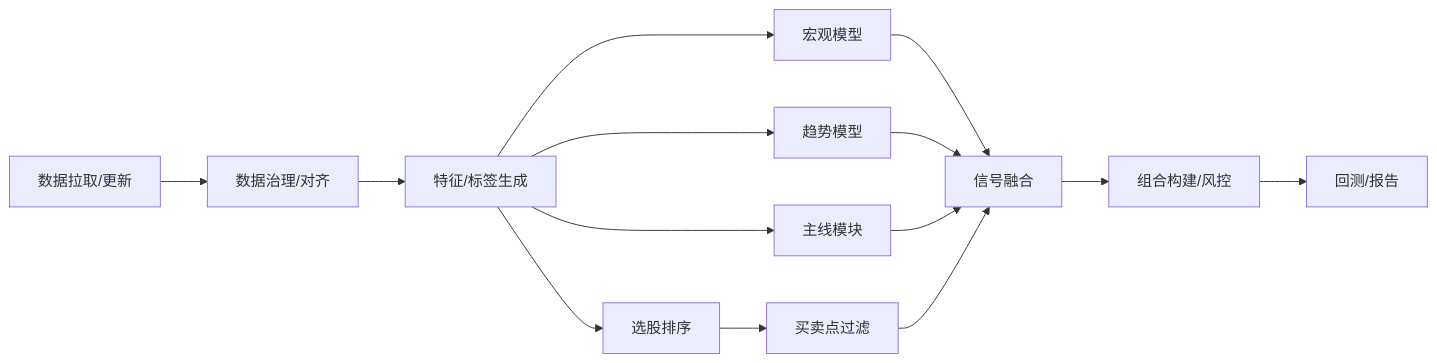
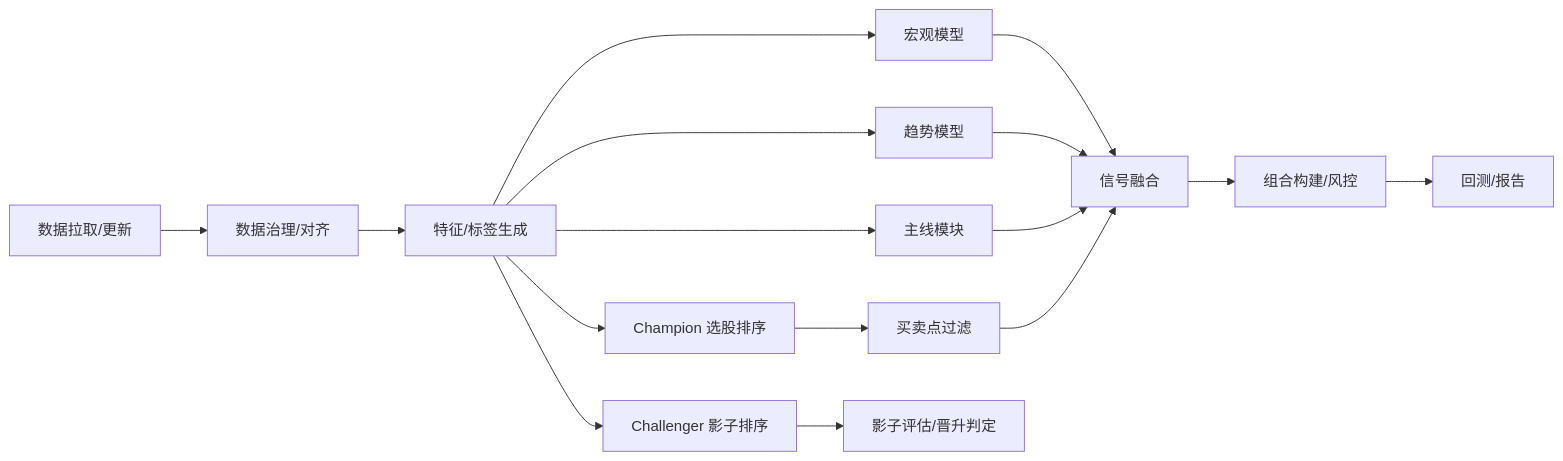
Before and after one commit to xiaoguangdong/Sage: the diagram in docs/2.22 Sage股票智能交易平台接口与调用流程设计文档.md, drawn with Mermaid. The commit also changed other lines of this file and 3 other files, not shown here.

````diff
--- a/docs/2.22 Sage股票智能交易平台接口与调用流程设计文档.md
+++ b/docs/2.22 Sage股票智能交易平台接口与调用流程设计文档.md
@@ -19,16 +53,18 @@
 ```mermaid
 flowchart LR
   A["数据拉取/更新"] --> B["数据治理/对齐"]
   B --> C["特征/标签生成"]
   C --> D["宏观模型"]
   C --> E["趋势模型"]
   C --> F["主线模块"]
-  C --> G["选股排序"]
+  C --> G["Champion 选股排序"]
+  C --> G2["Challenger 影子排序"]
   G --> H["买卖点过滤"]
   D --> I["信号融合"]
   E --> I
   F --> I
   H --> I
   I --> J["组合构建/风控"]
   J --> K["回测/报告"]
+  G2 --> L["影子评估/晋升判定"]
 ```
````
